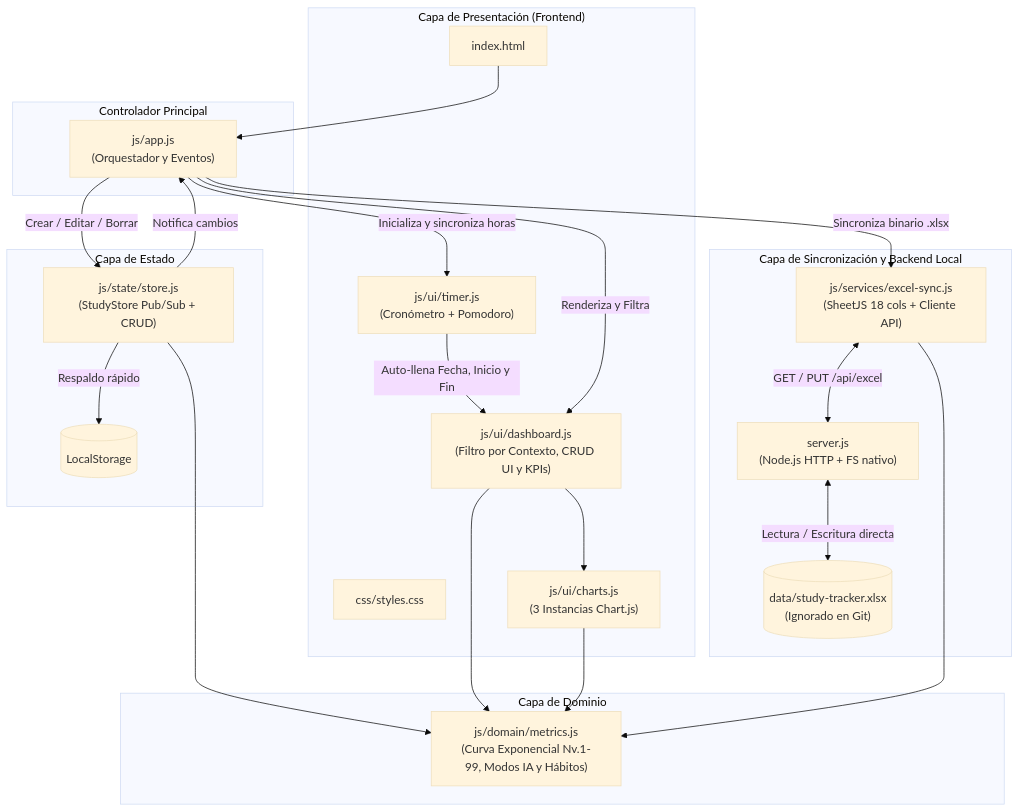
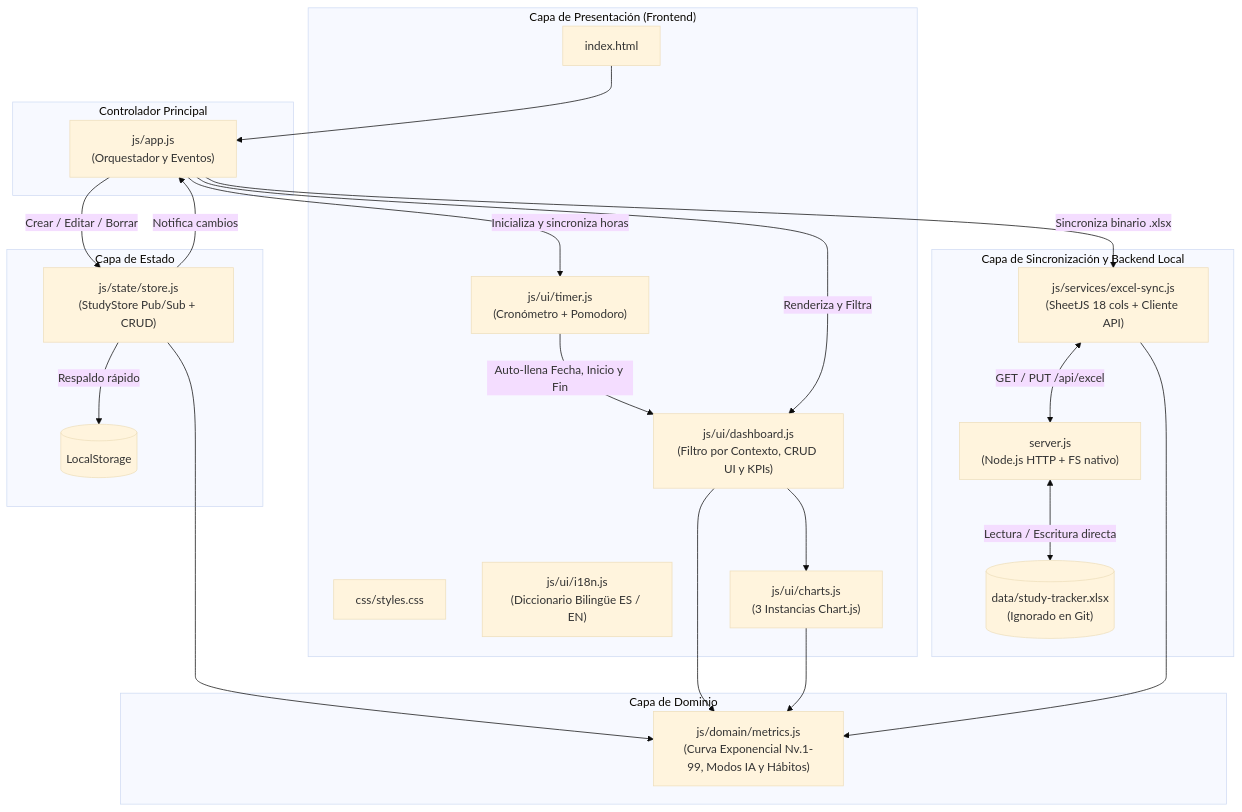
One commit to carloamezcua/study-tracker changed the diagram in README.md. Above: the diagram before and after it, drawn with Mermaid (base theme). The commit also changed other lines of this file, not shown here.

````diff
--- a/README.md
+++ b/README.md
@@ -49,45 +52,46 @@
 ```mermaid
 flowchart TD
     subgraph UI["Capa de Presentación (Frontend)"]
         HTML["index.html"]
         CSS["css/styles.css"]
+        I18N["js/ui/i18n.js\n(Diccionario Bilingüe ES / EN)"]
         TIMER["js/ui/timer.js\n(Cronómetro + Pomodoro)"]
         DASH["js/ui/dashboard.js\n(Filtro por Contexto, CRUD UI y KPIs)"]
         CHARTS["js/ui/charts.js\n(3 Instancias Chart.js)"]
     end
 
     subgraph Controller["Controlador Principal"]
         APP["js/app.js\n(Orquestador y Eventos)"]
     end
 
     subgraph State["Capa de Estado"]
         STORE["js/state/store.js\n(StudyStore Pub/Sub + CRUD)"]
         LS[("LocalStorage")]
     end
 
     subgraph Domain["Capa de Dominio"]
         METRICS["js/domain/metrics.js\n(Curva Exponencial Nv.1-99, Modos IA y Hábitos)"]
     end
 
     subgraph Sync["Capa de Sincronización y Backend Local"]
         SYNC["js/services/excel-sync.js\n(SheetJS 18 cols + Cliente API)"]
         SERVER["server.js\n(Node.js HTTP + FS nativo)"]
         XLSX[("data/study-tracker.xlsx\n(Ignorado en Git)")]
     end
 
     HTML --> APP
     APP -->|Inicializa y sincroniza horas| TIMER
     TIMER -->|Auto-llena Fecha, Inicio y Fin| DASH
     APP -->|Crear / Editar / Borrar| STORE
     STORE -->|Respaldo rápido| LS
     STORE -->|Notifica cambios| APP
     APP -->|Renderiza y Filtra| DASH
     DASH --> CHARTS
     APP -->|Sincroniza binario .xlsx| SYNC
     SYNC <-->|GET / PUT /api/excel| SERVER
     SERVER <-->|Lectura / Escritura directa| XLSX
     STORE --> METRICS
     DASH --> METRICS
     CHARTS --> METRICS
     SYNC --> METRICS
 ```
````
